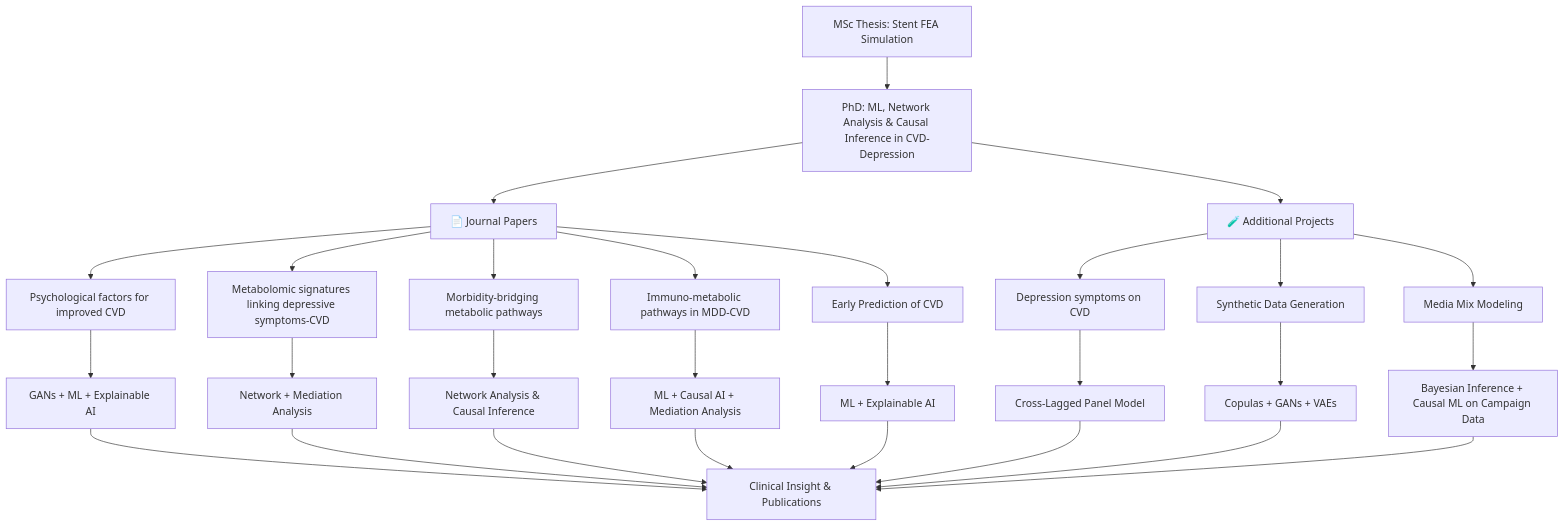
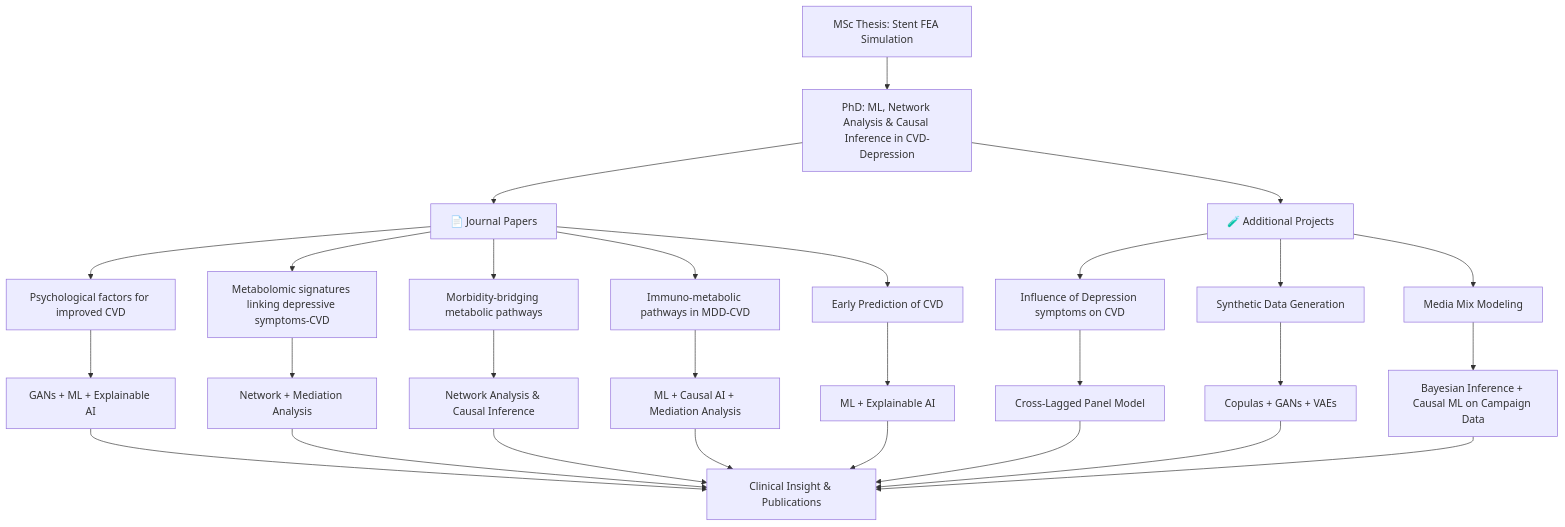
One commit to AngelaKoloi/Biomedical-Data-Science-Research changed the diagram in README.md. Above: the diagram before and after it, drawn with Mermaid.

````diff
--- a/README.md
+++ b/README.md
@@ -17,41 +17,41 @@
 ```mermaid
 graph TD
     A[MSc Thesis: Stent FEA Simulation] --> B[PhD: ML, Network Analysis & Causal Inference in CVD-Depression]
 
     B --> JP[📄 Journal Papers]
     B --> AP[🧪 Additional Projects]
 
     %% Journal Papers
     JP --> C[Psychological factors for improved CVD]
     JP --> D[Metabolomic signatures linking depressive symptoms-CVD]
     JP --> E[Morbidity-bridging metabolic pathways]
     JP --> F[Immuno-metabolic pathways in MDD-CVD]
     JP --> V[Early Prediction of CVD]
 
     C --> G[GANs + ML + Explainable AI]
     D --> H[Network + Mediation Analysis]
     E --> I[Network Analysis & Causal Inference]
     F --> J[ML + Causal AI + Mediation Analysis]
     V --> M[ML + Explainable AI]
 
     G --> K[Clinical Insight & Publications]
     H --> K
     I --> K
     J --> K
     M --> K
 
     %% Additional Projects
-    AP --> L[Depression symptoms on CVD]
+    AP --> L[Influence of Depression symptoms on CVD]
     L --> O[Cross-Lagged Panel Model]
 
     AP --> S[Synthetic Data Generation]
     S --> T[Copulas + GANs + VAEs]
 
     AP --> U[Media Mix Modeling]
     U --> W[Bayesian Inference + Causal ML on Campaign Data]
 
     O --> K
     T --> K
     W --> K
 
 ```
````
